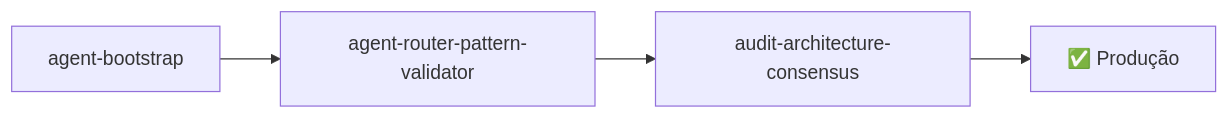
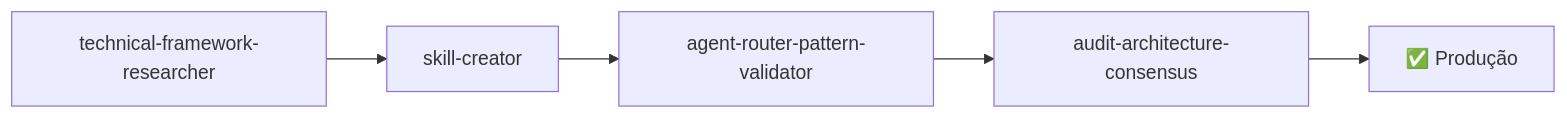
One commit to rodrigo-mendes/agents-factory changed the second of 6 diagrams in docs/fluxos/README.md. Above: the diagram before and after it, drawn with Mermaid. The commit also changed other lines of this file and 4 other files, not shown here.

First line of the commit message:
docs(fluxos,referencia): update flow diagrams and conventions for Claude Code

````diff
--- a/docs/fluxos/README.md
+++ b/docs/fluxos/README.md
@@ -35,4 +35,4 @@
 ```mermaid
 graph LR
-    A[agent-bootstrap] --> B[agent-router-pattern-validator] --> C[audit-architecture-consensus] --> D[✅ Produção]
+    A[technical-framework-researcher] --> B[skill-creator] --> C[agent-router-pattern-validator] --> D[audit-architecture-consensus] --> E[✅ Produção]
 ```
````
